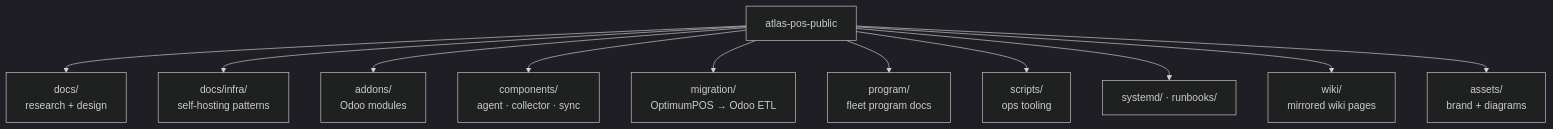
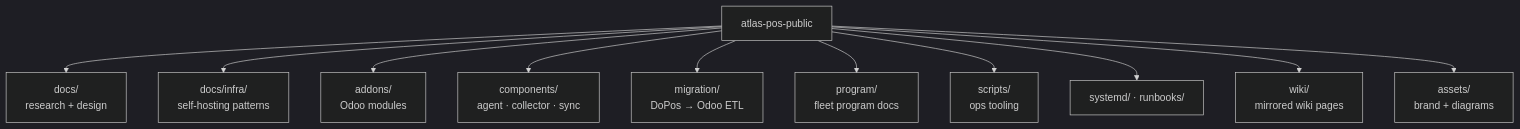
Before and after one commit to atlasshb/atlas-pos-public: the seventh of 7 diagrams in docs/14-architecture-diagrams.md, drawn with Mermaid (dark theme). The commit also changed 60 other files, not shown here.

````diff
--- a/docs/14-architecture-diagrams.md
+++ b/docs/14-architecture-diagrams.md
@@ -130,14 +130,14 @@
 ```mermaid
 graph TB
     ROOT[atlas-pos-public]
     ROOT --> DOCS[docs/<br/>research + design]
     ROOT --> INFRA[docs/infra/<br/>self-hosting patterns]
     ROOT --> ADDONS[addons/<br/>Odoo modules]
     ROOT --> COMP[components/<br/>agent · collector · sync]
-    ROOT --> MIG[migration/<br/>OptimumPOS → Odoo ETL]
+    ROOT --> MIG[migration/<br/>DoPos → Odoo ETL]
     ROOT --> PROG[program/<br/>fleet program docs]
     ROOT --> SCRIPTS[scripts/<br/>ops tooling]
     ROOT --> SYS[systemd/ · runbooks/]
     ROOT --> WIKI[wiki/<br/>mirrored wiki pages]
     ROOT --> ASSETS[assets/<br/>brand + diagrams]
 ```
````
